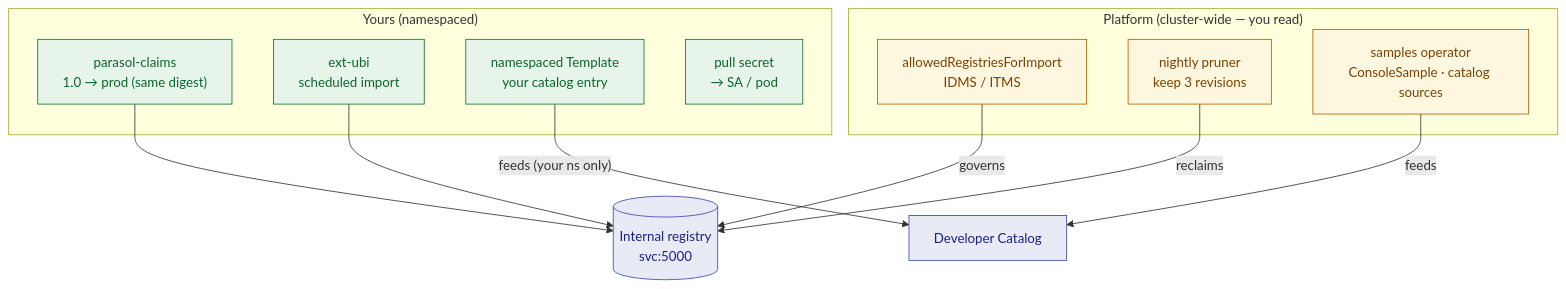
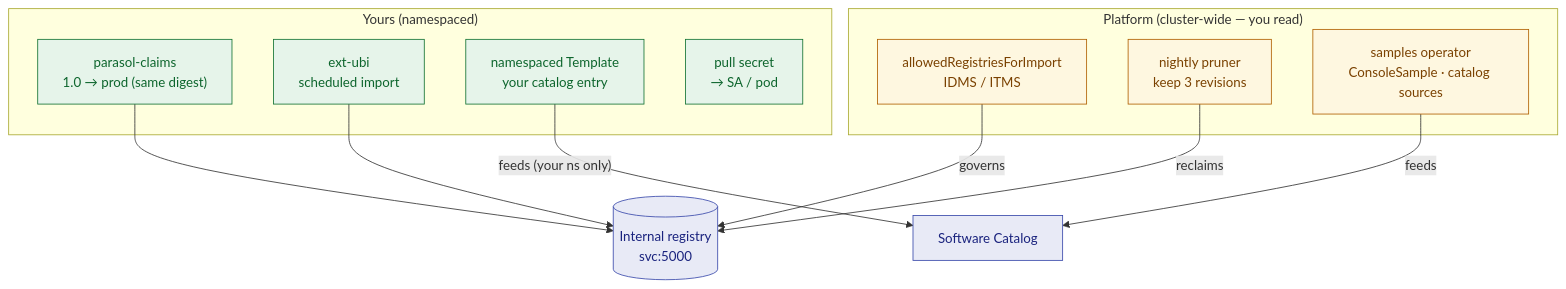
Before and after one commit to serhat-dirik/OCP-Getting-Started-Revamped: the diagram in content/modules/ROOT/examples/diagrams/registry-images-catalog-governance/03-what-you-built.mmd, drawn with Mermaid. The commit also changed 4 other files, not shown here.

First line of the commit message:
fix(diagrams): two diagrams still labelled the console's catalog 'Developer Catalog'

```diff
--- a/content/modules/ROOT/examples/diagrams/registry-images-catalog-governance/03-what-you-built.mmd
+++ b/content/modules/ROOT/examples/diagrams/registry-images-catalog-governance/03-what-you-built.mmd
@@ -1,25 +1,25 @@
 graph TB
   subgraph you["Yours (namespaced)"]
     is["parasol-claims<br/>1.0 → prod (same digest)"]
     ext["ext-ubi<br/>scheduled import"]
     tmpl["namespaced Template<br/>your catalog entry"]
     sec["pull secret<br/>→ SA / pod"]
   end
   subgraph platform["Platform (cluster-wide — you read)"]
     allow["allowedRegistriesForImport<br/>IDMS / ITMS"]
     prune["nightly pruner<br/>keep 3 revisions"]
     samples["samples operator<br/>ConsoleSample · catalog sources"]
   end
   reg[("Internal registry<br/>svc:5000")]
   is --> reg
   ext --> reg
   allow -->|"governs"| reg
   prune -->|"reclaims"| reg
-  samples -->|"feeds"| dcat["Developer Catalog"]
+  samples -->|"feeds"| dcat["Software Catalog"]
   tmpl -->|"feeds (your ns only)"| dcat
   classDef ok fill:#e6f4ea,stroke:#137333,color:#0d652d;
   classDef gov fill:#fef7e0,stroke:#b06000,color:#7a4100;
   classDef reg fill:#e8eaf6,stroke:#3949ab,color:#1a237e;
   class is,ext,tmpl,sec ok;
   class allow,prune,samples gov;
   class reg,dcat reg;
```
